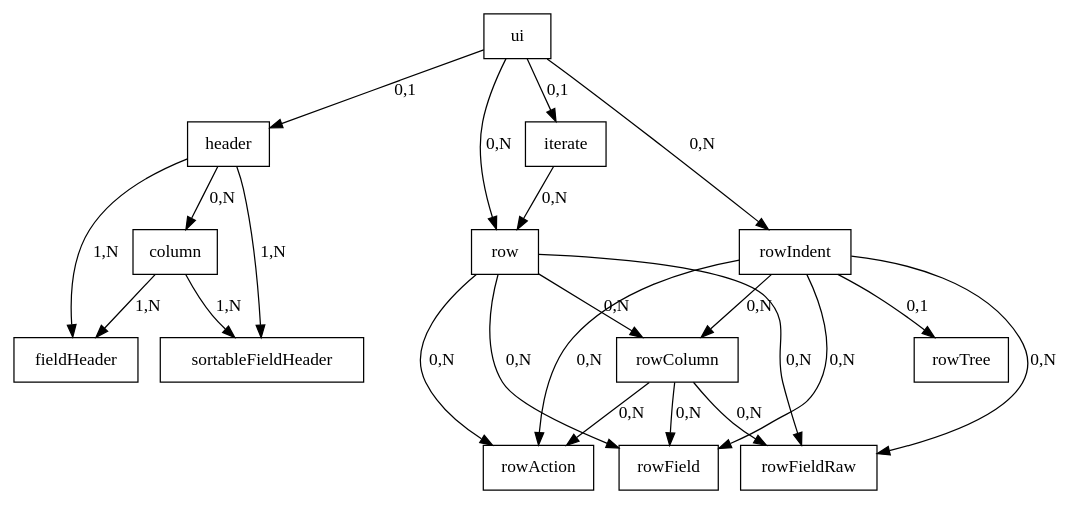
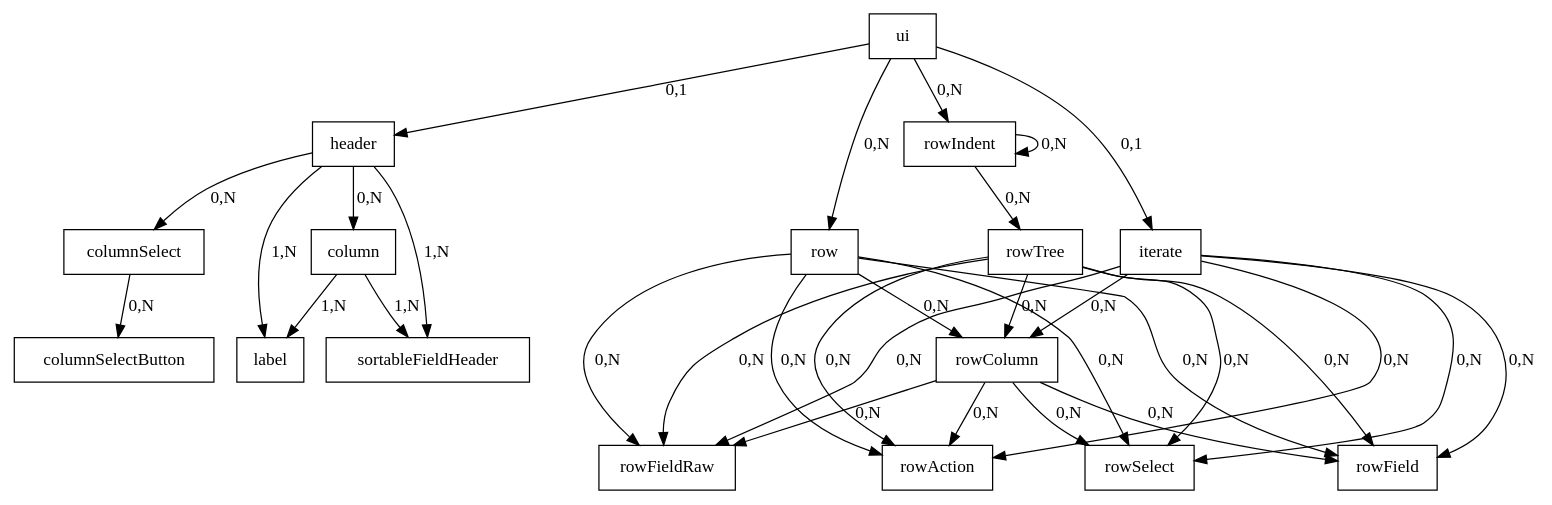
One commit to Taack/taack-website-content changed the diagram in asciidoc/doc/DSLs/filter-table-dsl-fr.adoc. Above: the diagram before and after it, drawn with Graphviz. The commit also changed other lines of this file and 3 other files, not shown here.

```diff
--- a/asciidoc/doc/DSLs/filter-table-dsl-fr.adoc
+++ b/asciidoc/doc/DSLs/filter-table-dsl-fr.adoc
@@ -216,15 +189,16 @@
 [graphviz,format="svg",align=center]
 ----
 digraph mygraph {
   node [shape=box];
   ui
   ui -> header, iterate [label = "0,1"]
-  iterate -> row [label = "0,N"]
   ui -> row,rowIndent [label = "0,N"]
-  header -> column [label = "0,N"]
-  column, header -> fieldHeader, sortableFieldHeader [label = "1,N"]
-  row,rowIndent -> rowColumn [label = "0,N"]
-  rowColumn,row,rowIndent -> rowAction, rowField, rowFieldRaw [label = "0,N"]
-  rowIndent -> rowTree [label = "0,1"]
+  header -> column, columnSelect [label = "0,N"]
+  columnSelect -> columnSelectButton [label = "0,N"]
+  column, header -> label, sortableFieldHeader [label = "1,N"]
+  row, iterate, rowTree -> rowColumn [label = "0,N"]
+  rowColumn, row, rowTree, iterate -> rowAction, rowField, rowFieldRaw, rowSelect [label = "0,N"]
+  rowIndent -> rowTree [label = "0,N"]
+  rowIndent -> rowIndent [label = "0,N"]
 }
 ----
```
